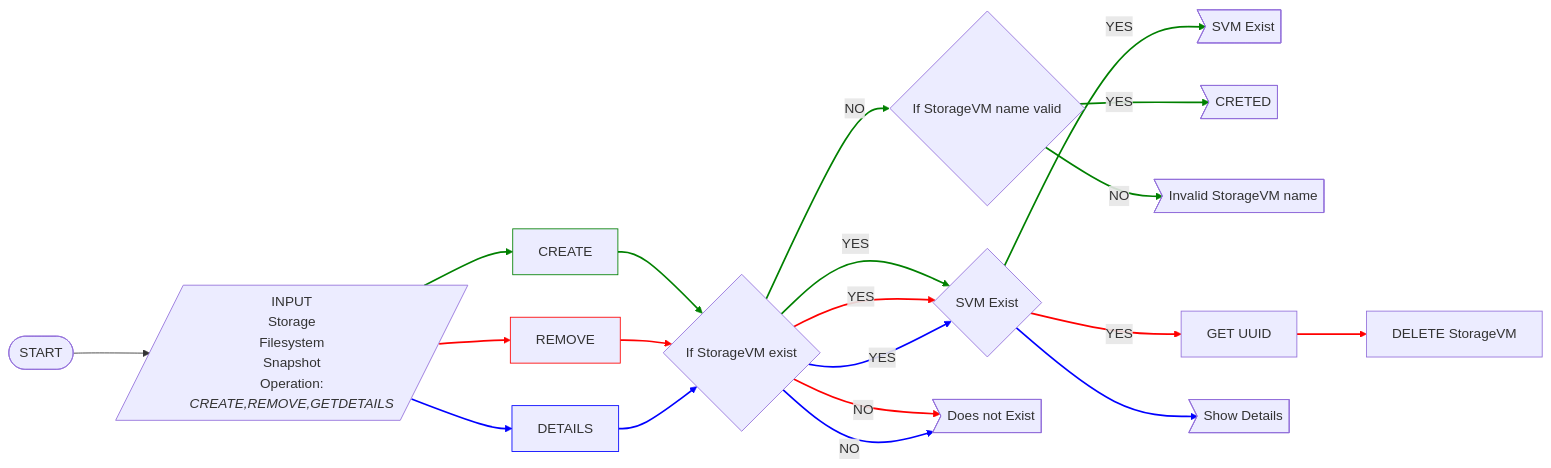
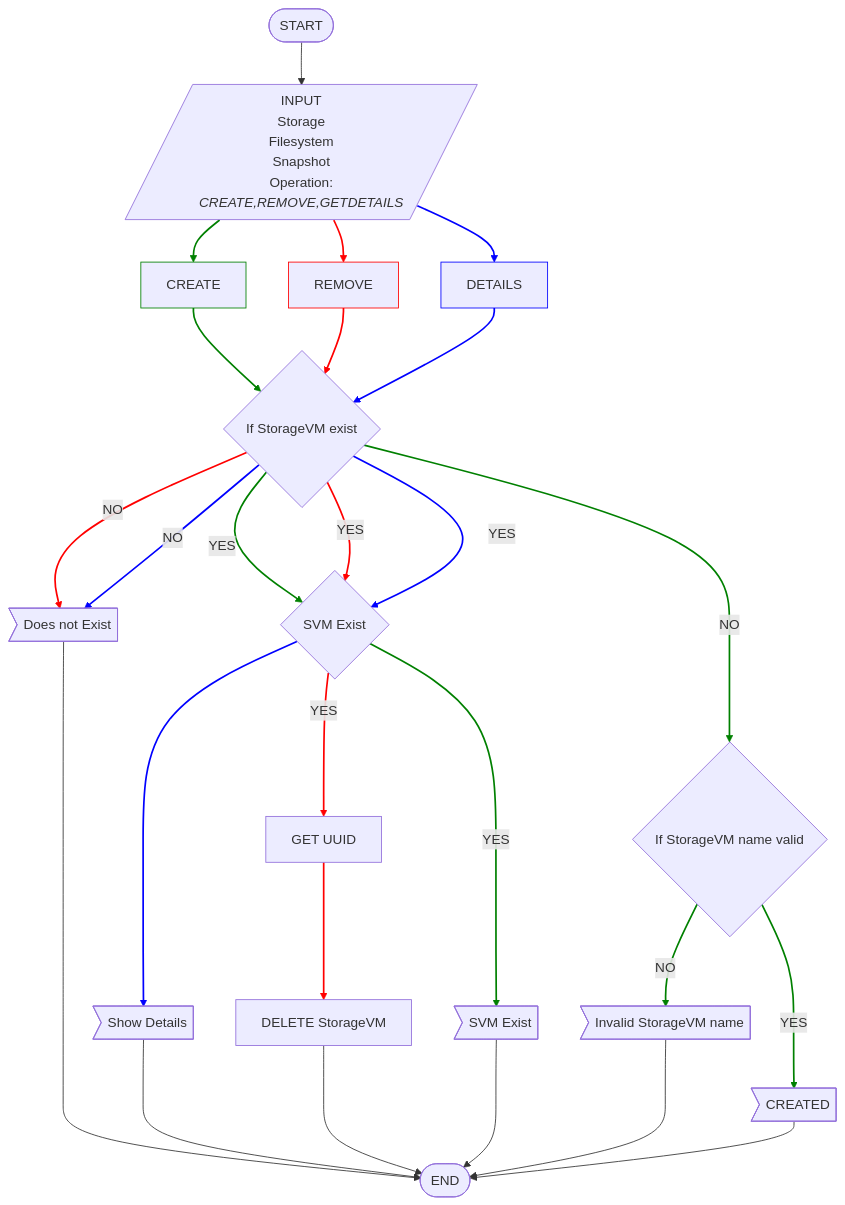
Before and after one commit to DMarkStorage/NetApp_StorageVM: the diagram in README.md, drawn with Mermaid.

Commit message:
MOdified flowchart

````diff
--- a/README.md
+++ b/README.md
@@ -50,60 +50,65 @@
 ```mermaid
-flowchart LR
+flowchart TB
     S([START]) --> IO[/INPUT<br>Storage<br>Filesystem<br>Snapshot<br>Operation:<br><i>CREATE,REMOVE,GETDETAILS/]
     IO --> CR[CREATE]
     CR --> CHK{If StorageVM exist}
     CHK --YES--> X{SVM Exist}
     X --YES--> CRX>SVM Exist]
     CHK --NO--> VL{If StorageVM name valid}
-    VL --YES--> OUT>CRETED]
+    VL --YES--> OUT>CREATED]
     VL --NO--> IV>Invalid StorageVM name]
     IO --> RM[REMOVE]
     RM --> CHK
     CHK --YES--> X
     X --YES--> ID[GET UUID]
     ID --> DEL[DELETE StorageVM]
     CHK --NO--> NX>Does not Exist]
     IO --> DT[DETAILS]
     DT --> CHK
     CHK --YES--> X
     X --> dtls>Show Details]
     CHK --NO--> NX
-
+    NX ---> EN([END])
+    dtls ---> EN
+    DEL ---> EN
+    CRX ---> EN
+    IV ---> EN
+    OUT --> EN
 
 
 style CR stroke:green,stroke-width:1px
 style RM stroke:red,stroke-width:1px
 style DT stroke:blue,stroke-width:1px
 
 linkStyle 1 stroke-width:2px,fill:none,stroke:green;
 linkStyle 2 stroke-width:2px,fill:none,stroke:green;
 linkStyle 3 stroke-width:2px,fill:none,stroke:green;
 linkStyle 4 stroke-width:2px,fill:none,stroke:green;
 linkStyle 5 stroke-width:2px,fill:none,stroke:green;
 linkStyle 6 stroke-width:2px,fill:none,stroke:green;
 linkStyle 7 stroke-width:2px,fill:none,stroke:green;
 
 linkStyle 8 stroke-width:2px,fill:none,stroke:red;
 linkStyle 9 stroke-width:2px,fill:none,stroke:red;
 linkStyle 10 stroke-width:2px,fill:none,stroke:red;
 linkStyle 11 stroke-width:2px,fill:none,stroke:red;
 linkStyle 12 stroke-width:2px,fill:none,stroke:red;
 linkStyle 13 stroke-width:2px,fill:none,stroke:red;
 
 linkStyle 14 stroke-width:2px,fill:none,stroke:blue;
 linkStyle 15 stroke-width:2px,fill:none,stroke:blue;
 linkStyle 16 stroke-width:2px,fill:none,stroke:blue;
 linkStyle 17 stroke-width:2px,fill:none,stroke:blue;
 linkStyle 18 stroke-width:2px,fill:none,stroke:blue;
 
 
 
 
 
 
 
 
 
 
 
 ```
````
